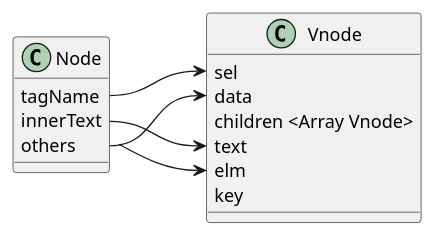
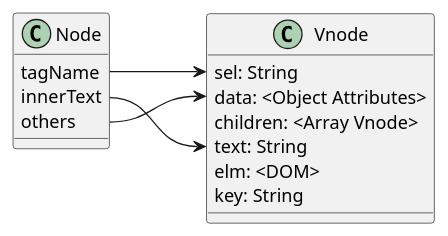
Before and after one commit to langnang/langnang-old: the diagram in simple/snabbdom/01.vnode/README.md, drawn with PlantUML. The commit also changed other lines of this file and 41 other files, not shown here.

````diff
--- a/simple/snabbdom/01.vnode/README.md
+++ b/simple/snabbdom/01.vnode/README.md
@@ -3,21 +3,20 @@
 ```puml
 left to right direction
 class Node{
   tagName
   innerText
   others
 }
 class Vnode{
-  sel
-  data
-  children <Array Vnode>
-  text
-  elm
-  key
+  sel: String
+  data: <Object Attributes>
+  children: <Array Vnode>
+  text: String
+  elm: <DOM>
+  key: String
 }
 
-Node --> Vnode::elm
 Node::tagName --> Vnode::sel
 Node::innerText --> Vnode::text
 Node::others --> Vnode::data
 ```
````
